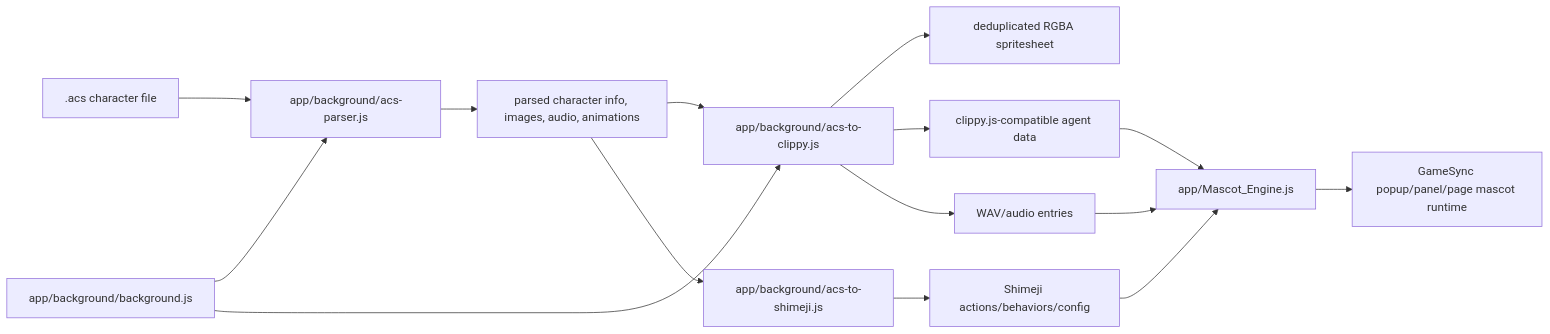
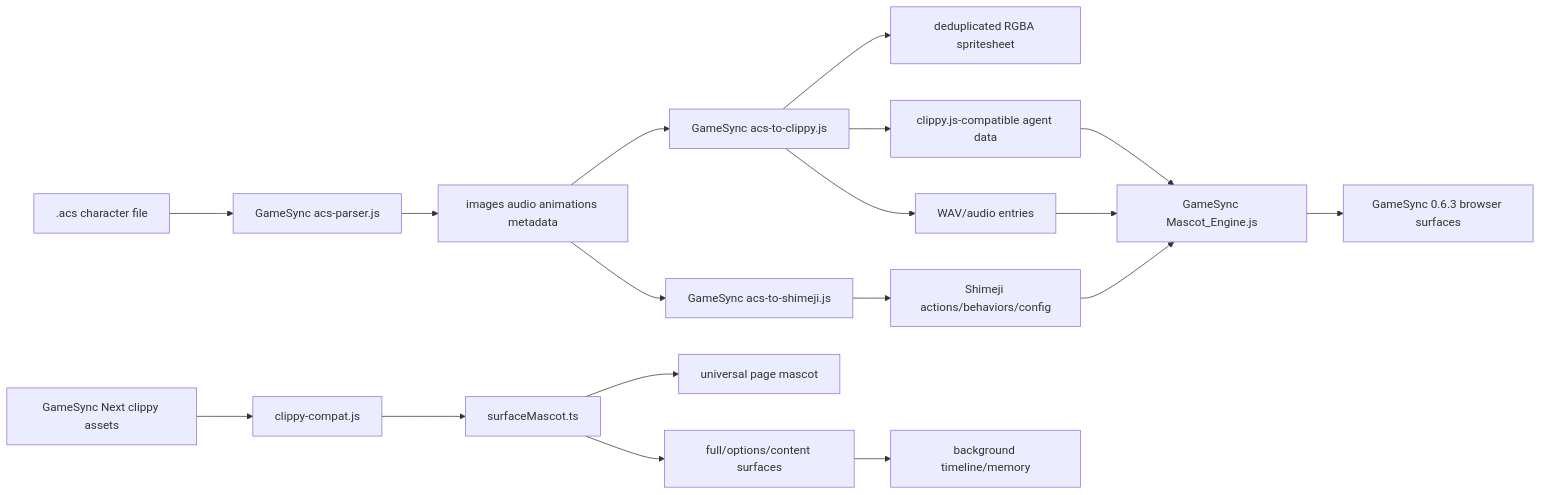
One commit to Herbertofury/ProjectDump changed the diagram in wikis/PRJ-006-acs-agent-parity-runtime.md. Above: the diagram before and after it, drawn with Mermaid. The commit also changed other lines of this file, not shown here.

Commit message:
docs: reconcile ACS parity with GameSync Next

````diff
--- a/wikis/PRJ-006-acs-agent-parity-runtime.md
+++ b/wikis/PRJ-006-acs-agent-parity-runtime.md
@@ -20,17 +25,21 @@
 ```mermaid
 flowchart LR
- ACS[.acs character file] --> Parser[app/background/acs-parser.js]
- Parser --> Parsed[parsed character info, images, audio, animations]
- Parsed --> Clippy[app/background/acs-to-clippy.js]
- Parsed --> Shimeji[app/background/acs-to-shimeji.js]
- Clippy --> Sprite[deduplicated RGBA spritesheet]
- Clippy --> AgentData[clippy.js-compatible agent data]
- Clippy --> Audio[WAV/audio entries]
- Shimeji --> XML[Shimeji actions/behaviors/config]
- AgentData --> Mascot[app/Mascot_Engine.js]
- XML --> Mascot
- Audio --> Mascot
- Mascot --> UI[GameSync popup/panel/page mascot runtime]
- BG[app/background/background.js] --> Parser
- BG --> Clippy
+ ACS[.acs character file] --> Parser[GameSync acs-parser.js]
+ Parser --> Parsed[images audio animations metadata]
+ Parsed --> ClippyConvert[GameSync acs-to-clippy.js]
+ Parsed --> ShimejiConvert[GameSync acs-to-shimeji.js]
+ ClippyConvert --> Sprite[deduplicated RGBA spritesheet]
+ ClippyConvert --> AgentData[clippy.js-compatible agent data]
+ ClippyConvert --> Audio[WAV/audio entries]
+ ShimejiConvert --> XML[Shimeji actions/behaviors/config]
+ AgentData --> LegacyMascot[GameSync Mascot_Engine.js]
+ XML --> LegacyMascot
+ Audio --> LegacyMascot
+ LegacyMascot --> ShippingUI[GameSync 0.6.3 browser surfaces]
+
+ AgentAssets[GameSync Next clippy assets] --> Compat[clippy-compat.js]
+ Compat --> SurfaceAdapter[surfaceMascot.ts]
+ SurfaceAdapter --> UniversalPage[universal page mascot]
+ SurfaceAdapter --> V2Surfaces[full/options/content surfaces]
+ V2Surfaces --> Timeline[background timeline/memory]
 ```
````
